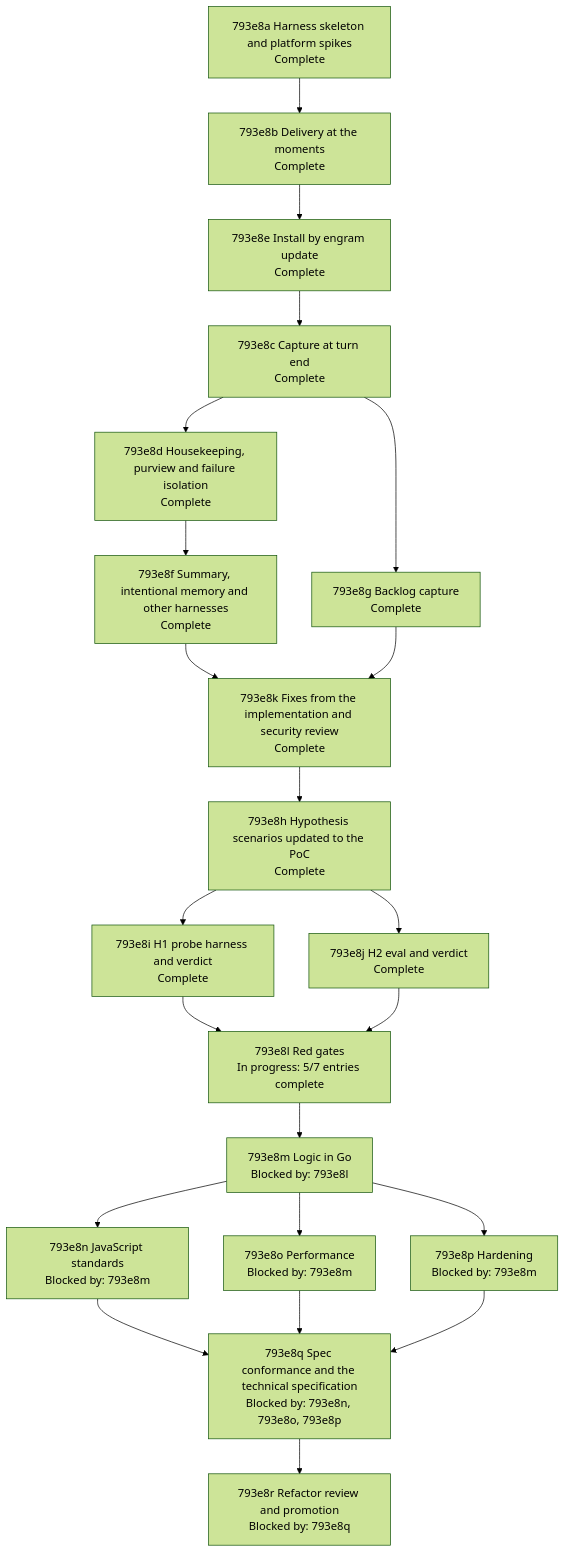
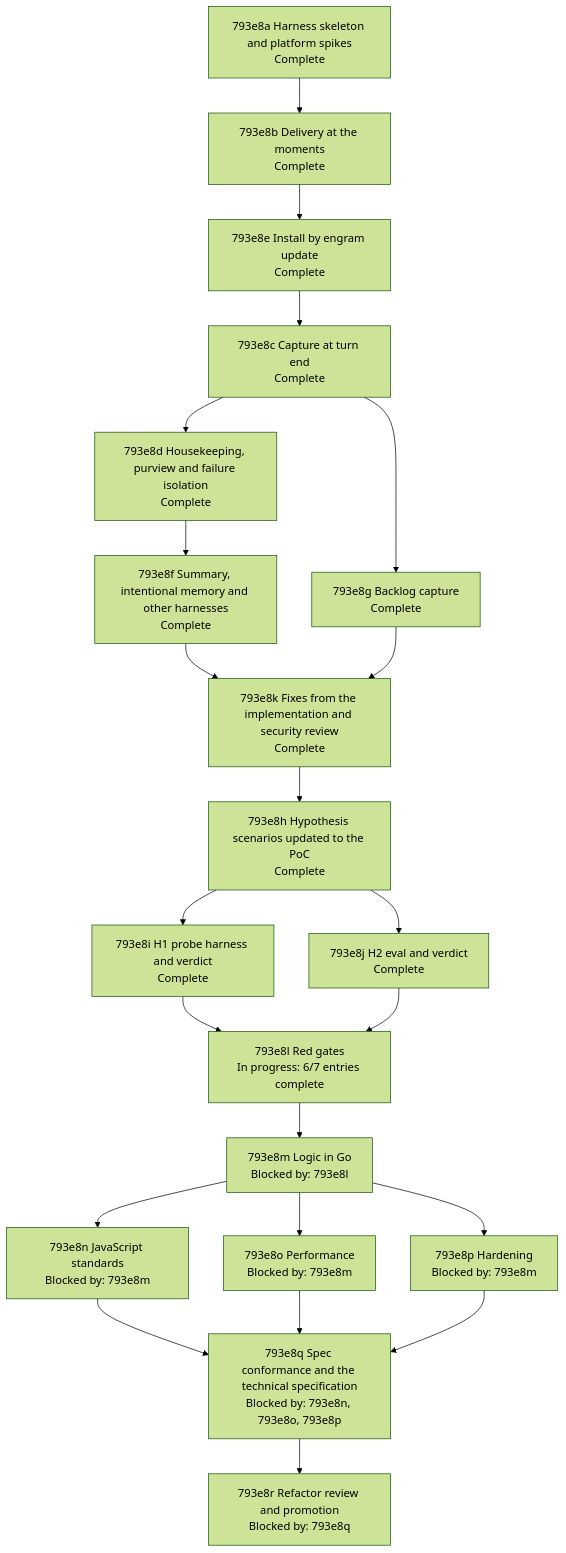
One commit to toejough/engram changed the diagram in docs/changes/793_parallel-memory-agent/793e_implementation-plan.md. Above: the diagram before and after it, drawn with Mermaid (forest theme). The commit also changed other lines of this file and 2 other files, not shown here.

First line of the commit message:
test(793-refactor): red gate — spec conformance

````diff
--- a/docs/changes/793_parallel-memory-agent/793e_implementation-plan.md
+++ b/docs/changes/793_parallel-memory-agent/793e_implementation-plan.md
@@ -219,40 +219,40 @@
 ```mermaid
 flowchart TD
   n793e8a["793e8a Harness skeleton and platform spikes<br/>Complete"]
   n793e8b["793e8b Delivery at the moments<br/>Complete"]
   n793e8e["793e8e Install by engram update<br/>Complete"]
   n793e8c["793e8c Capture at turn end<br/>Complete"]
   n793e8d["793e8d Housekeeping, purview and failure isolation<br/>Complete"]
   n793e8g["793e8g Backlog capture<br/>Complete"]
   n793e8f["793e8f Summary, intentional memory and other harnesses<br/>Complete"]
   n793e8k["793e8k Fixes from the implementation and security review<br/>Complete"]
   n793e8h["793e8h Hypothesis scenarios updated to the PoC<br/>Complete"]
   n793e8i["793e8i H1 probe harness and verdict<br/>Complete"]
   n793e8j["793e8j H2 eval and verdict<br/>Complete"]
-  n793e8l["793e8l Red gates<br/>In progress: 5/7 entries complete"]
+  n793e8l["793e8l Red gates<br/>In progress: 6/7 entries complete"]
   n793e8m["793e8m Logic in Go<br/>Blocked by: 793e8l"]
   n793e8n["793e8n JavaScript standards<br/>Blocked by: 793e8m"]
   n793e8o["793e8o Performance<br/>Blocked by: 793e8m"]
   n793e8p["793e8p Hardening<br/>Blocked by: 793e8m"]
   n793e8q["793e8q Spec conformance and the technical specification<br/>Blocked by: 793e8n, 793e8o, 793e8p"]
   n793e8r["793e8r Refactor review and promotion<br/>Blocked by: 793e8q"]
   n793e8a --> n793e8b --> n793e8e --> n793e8c
   n793e8c --> n793e8d
   n793e8c --> n793e8g
   n793e8d --> n793e8f
   n793e8f --> n793e8k
   n793e8g --> n793e8k
   n793e8k --> n793e8h
   n793e8h --> n793e8i
   n793e8h --> n793e8j
   n793e8i --> n793e8l
   n793e8j --> n793e8l
   n793e8l --> n793e8m
   n793e8m --> n793e8n
   n793e8m --> n793e8o
   n793e8m --> n793e8p
   n793e8n --> n793e8q
   n793e8o --> n793e8q
   n793e8p --> n793e8q
   n793e8q --> n793e8r
 ```
````
